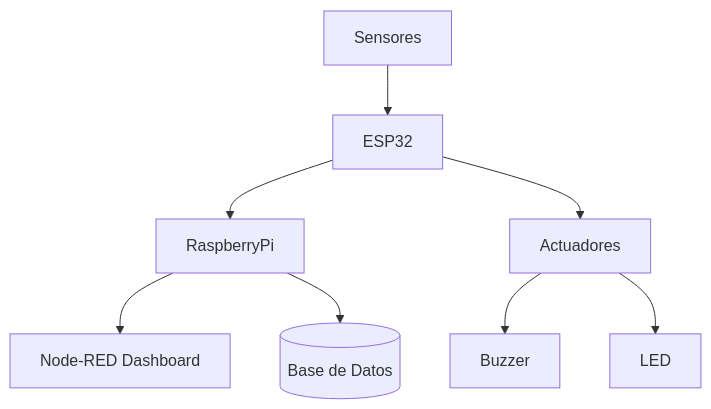
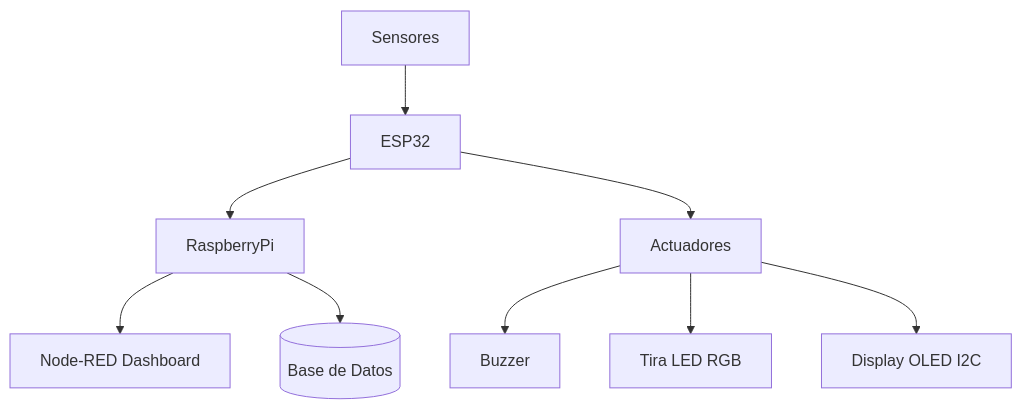
The diagram in README.md (Vir-gil-io/AppsIoT-ProyectoFinal2025), drawn with Mermaid before and after one commit. The commit also changed other lines of this file, not shown here.

````diff
--- a/README.md
+++ b/README.md
@@ -22,10 +21,11 @@
 ```mermaid
 graph TD;
     Sensores --> ESP32
     ESP32 --> RaspberryPi
     ESP32 --> Actuadores
     RaspberryPi --> Dashboard[Node-RED Dashboard]
     Actuadores --> Buzzer
-    Actuadores --> LED
+    Actuadores --> LED[Tira LED RGB]
+    Actuadores --> OLED[Display OLED I2C]
     RaspberryPi --> PostgreSQL[(Base de Datos)]
 ```
````
